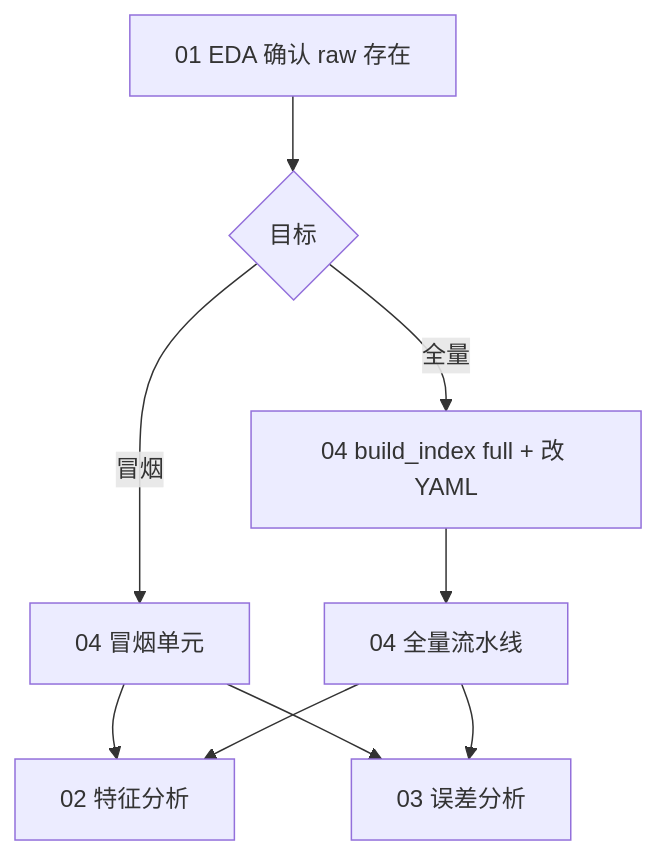
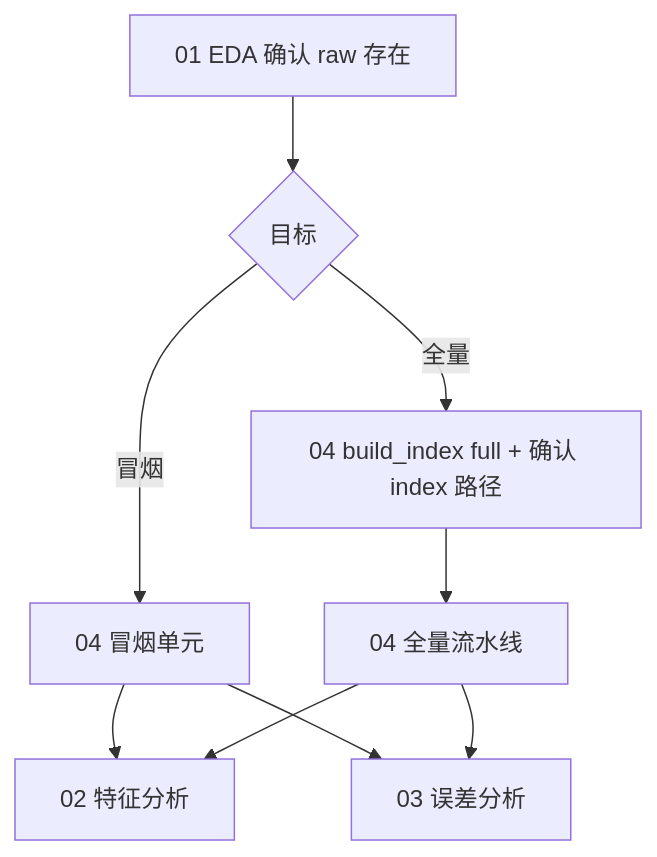
The diagram in notebooks/README.md (amunlau/dram_cnn), drawn with Mermaid before and after one commit. The commit also changed other lines of this file and 27 other files, not shown here.

````diff
--- a/notebooks/README.md
+++ b/notebooks/README.md
@@ -56,11 +56,11 @@
 ```mermaid
 flowchart TD
   A[01 EDA 确认 raw 存在] --> B{目标}
   B -->|冒烟| C[04 冒烟单元]
   C --> D[02 特征分析]
   C --> E[03 误差分析]
-  B -->|全量| F[04 build_index full + 改 YAML]
+  B -->|全量| F[04 build_index full + 确认 index 路径]
   F --> G[04 全量流水线]
   G --> D
   G --> E
 ```
````
